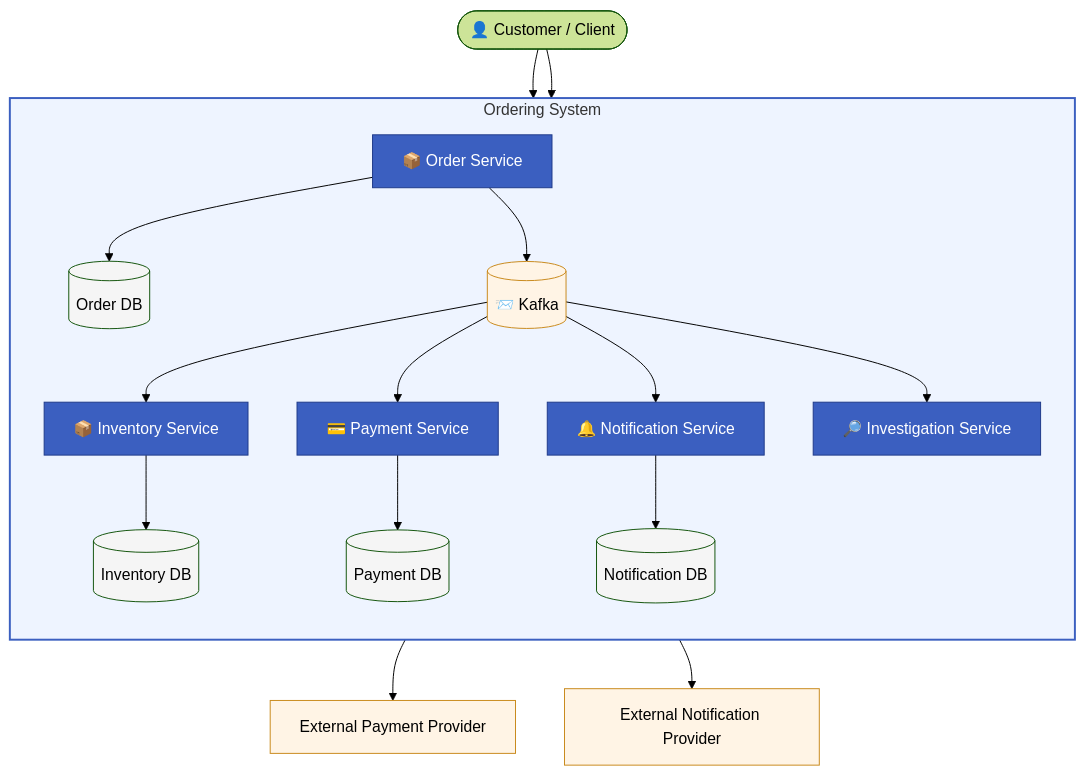
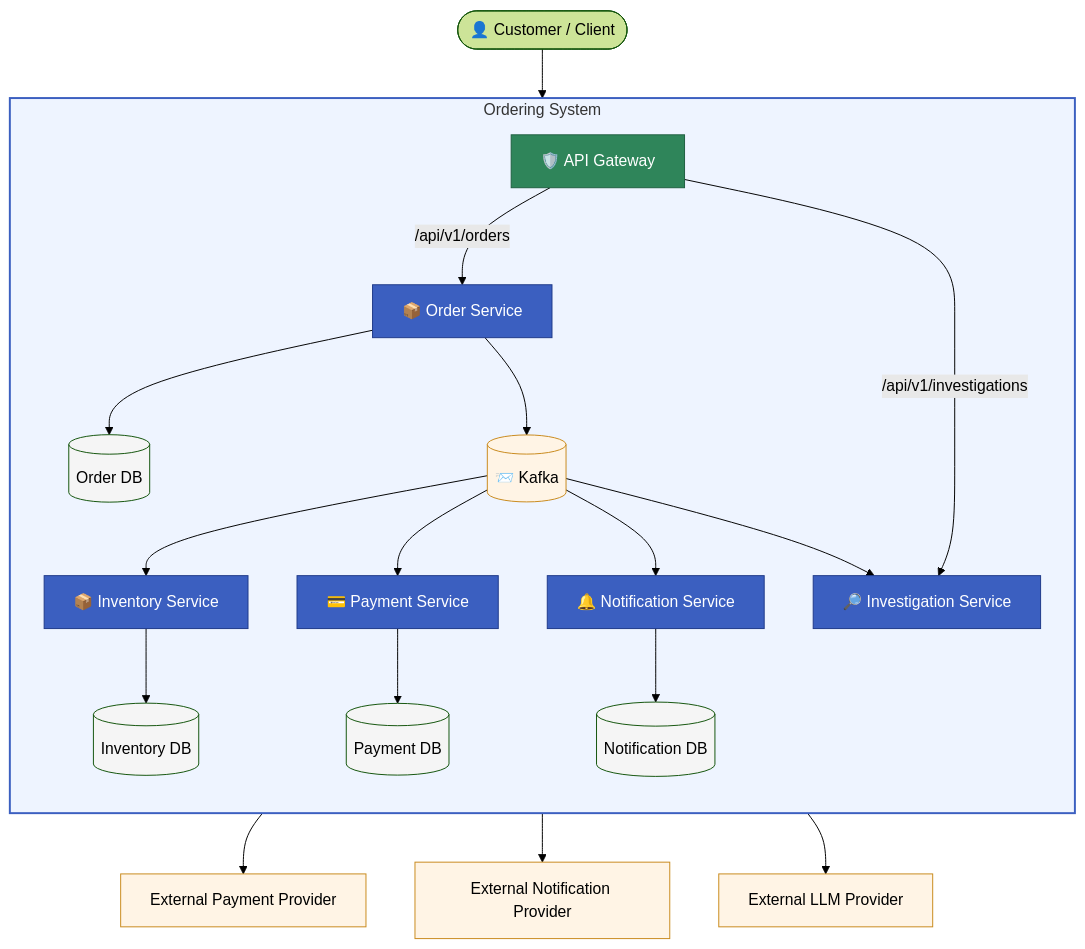
One commit to jusuftopic/microservices-order-system changed the diagram in README.md. Above: the diagram before and after it, drawn with Mermaid (forest theme). The commit also changed other lines of this file and 7 other files, not shown here.

Commit message:
feat(gateway): add portable API gateway

````diff
--- a/README.md
+++ b/README.md
@@ -57,60 +59,67 @@
 ```mermaid
 flowchart TB
     Client(["👤 Customer / Client"])
 
     subgraph System["Ordering System"]
         direction TB
 
+        ApiGateway["🛡️ API Gateway"]
         OrderService["📦 Order Service"]
 
         Kafka[("📨 Kafka")]
 
         InventoryService["📦 Inventory Service"]
         PaymentService["💳 Payment Service"]
         NotificationService["🔔 Notification Service"]
         InvestigationService["🔎 Investigation Service"]
 
         OrderDb[("Order DB")]
         InventoryDb[("Inventory DB")]
         PaymentDb[("Payment DB")]
         NotificationDb[("Notification DB")]
+
+        ApiGateway -->|"/api/v1/orders"| OrderService
+        ApiGateway -->|"/api/v1/investigations"| InvestigationService
 
         OrderService --> OrderDb
         InventoryService --> InventoryDb
         PaymentService --> PaymentDb
         NotificationService --> NotificationDb
 
         OrderService --> Kafka
         Kafka --> InventoryService
         Kafka --> PaymentService
         Kafka --> NotificationService
         Kafka --> InvestigationService
     end
 
     PaymentProvider["External Payment Provider"]
     NotificationProvider["External Notification Provider"]
+    LlmProvider["External LLM Provider"]
 
-    Client --> OrderService
-    Client --> InvestigationService
+    Client --> ApiGateway
 
     PaymentService --> PaymentProvider
     NotificationService --> NotificationProvider
+    InvestigationService --> LlmProvider
 
     style System fill:#eef4ff,stroke:#3b5fc0,stroke-width:2px
 
     style OrderService fill:#3b5fc0,stroke:#1f3a8a,color:#fff
     style InventoryService fill:#3b5fc0,stroke:#1f3a8a,color:#fff
     style PaymentService fill:#3b5fc0,stroke:#1f3a8a,color:#fff
     style NotificationService fill:#3b5fc0,stroke:#1f3a8a,color:#fff
     style InvestigationService fill:#3b5fc0,stroke:#1f3a8a,color:#fff
+    style ApiGateway fill:#2f855a,stroke:#1f5f40,color:#fff
 
     style Kafka fill:#fff4e5,stroke:#c98a1c
 
     style OrderDb fill:#f5f5f5
     style InventoryDb fill:#f5f5f5
     style PaymentDb fill:#f5f5f5
     style NotificationDb fill:#f5f5f5
 
     style PaymentProvider fill:#fff4e5,stroke:#c98a1c
     style NotificationProvider fill:#fff4e5,stroke:#c98a1c
+    style LlmProvider fill:#fff4e5,stroke:#c98a1c
 ```
````
